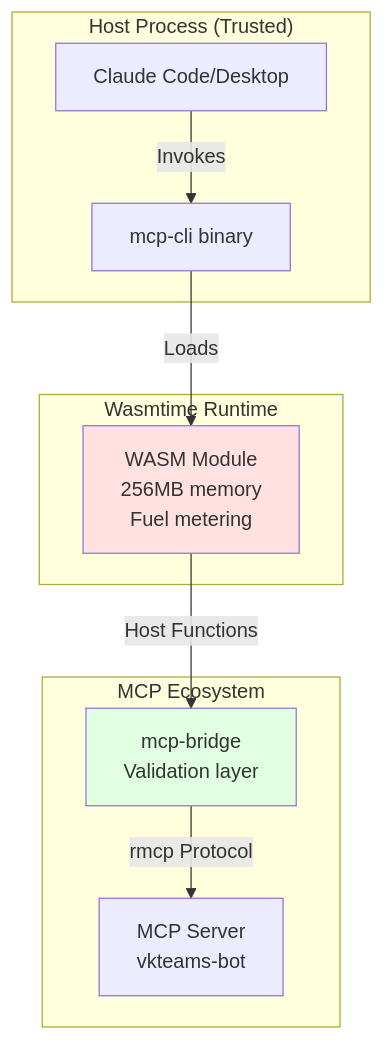
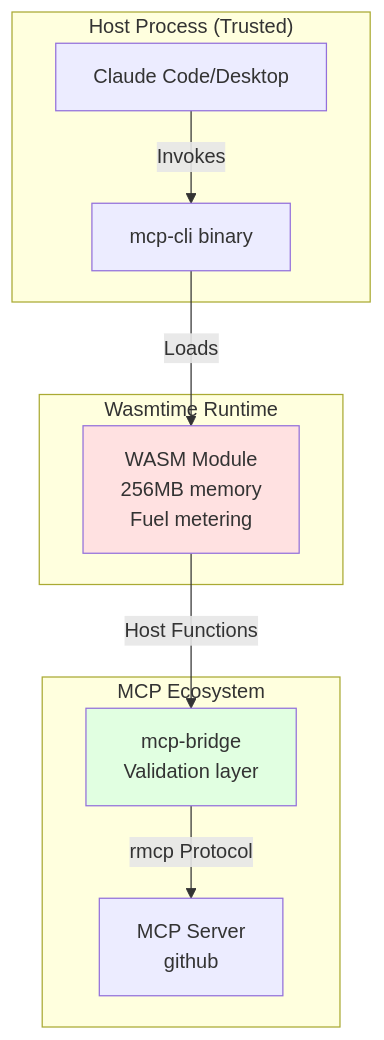
One commit to bug-ops/mcp-execution changed the third of 5 diagrams in docs/ARCHITECTURE.md. Above: the diagram before and after it, drawn with Mermaid. The commit also changed other lines of this file and 50 other files, not shown here.

````diff
--- a/docs/ARCHITECTURE.md
+++ b/docs/ARCHITECTURE.md
@@ -553,24 +553,24 @@
 ```mermaid
 graph TB
     subgraph "Host Process (Trusted)"
         Claude[Claude Code/Desktop]
         CLI[mcp-cli binary]
     end
 
     subgraph "Wasmtime Runtime"
         WASM[WASM Module<br/>256MB memory<br/>Fuel metering]
     end
 
     subgraph "MCP Ecosystem"
         Bridge[mcp-bridge<br/>Validation layer]
-        Server[MCP Server<br/>vkteams-bot]
+        Server[MCP Server<br/>github]
     end
 
     Claude -->|Invokes| CLI
     CLI -->|Loads| WASM
     WASM -->|Host Functions| Bridge
     Bridge -->|rmcp Protocol| Server
 
     style WASM fill:#ffe1e1
     style Bridge fill:#e1ffe1
 ```
````
